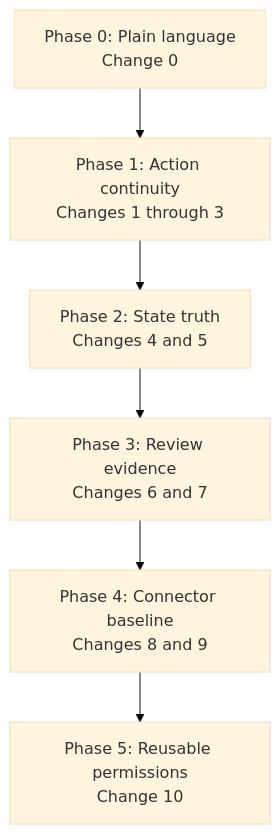
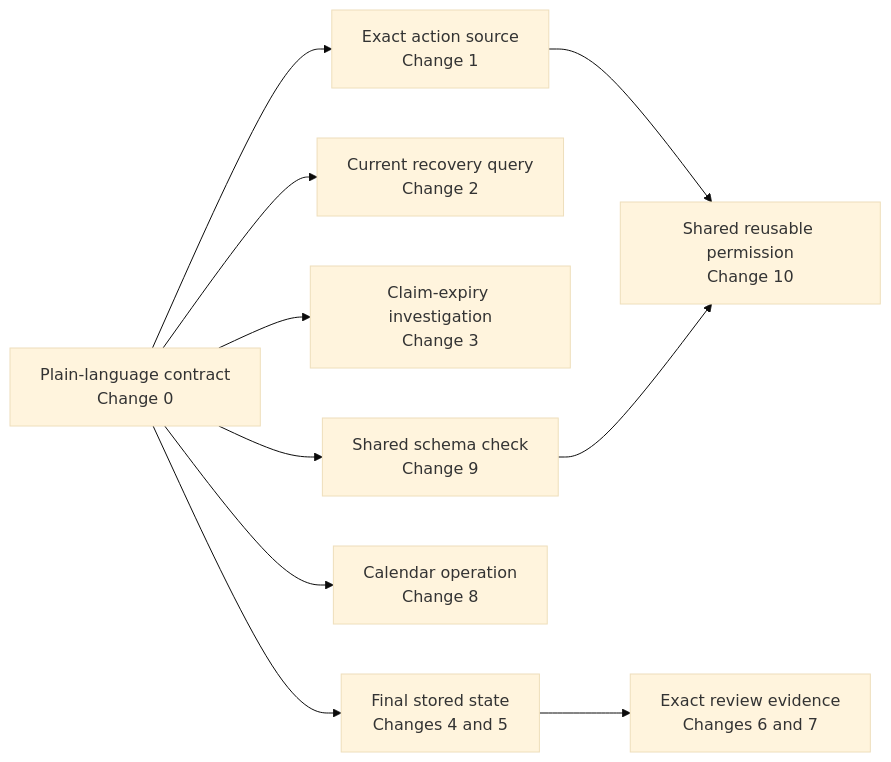
The third of 29 diagrams in docs/superpowers/plans/2026-08-08-noema-practical-reliability-roadmap.md (kpsuperplane/Noema), drawn with Mermaid (base theme) before and after one commit. The commit also changed other lines of this file, not shown here.

Commit message:
docs: simplify reliability roadmap

````diff
--- a/docs/superpowers/plans/2026-08-08-noema-practical-reliability-roadmap.md
+++ b/docs/superpowers/plans/2026-08-08-noema-practical-reliability-roadmap.md
@@ -129,11 +129,19 @@
 ```mermaid
-flowchart TD
-    P0["Phase 0: Plain language<br/>Change 0"]
-    P1["Phase 1: Action continuity<br/>Changes 1 through 3"]
-    P2["Phase 2: State truth<br/>Changes 4 and 5"]
-    P3["Phase 3: Review evidence<br/>Changes 6 and 7"]
-    P4["Phase 4: Connector baseline<br/>Changes 8 and 9"]
-    P5["Phase 5: Reusable permissions<br/>Change 10"]
+flowchart LR
+    L["Plain-language contract<br/>Change 0"]
+    A["Exact action source<br/>Change 1"]
+    Q["Current recovery query<br/>Change 2"]
+    X["Claim-expiry investigation<br/>Change 3"]
+    S["Final stored state<br/>Changes 4 and 5"]
+    R["Exact review evidence<br/>Changes 6 and 7"]
+    C["Calendar operation<br/>Change 8"]
+    V["Shared schema check<br/>Change 9"]
+    P["Shared reusable permission<br/>Change 10"]
 
-    P0 --> P1 --> P2 --> P3 --> P4 --> P5
+    L --> A --> P
+    L --> V --> P
+    L --> Q
+    L --> X
+    L --> S --> R
+    L --> C
 ```
````
